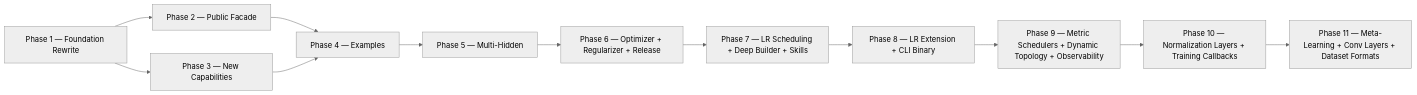
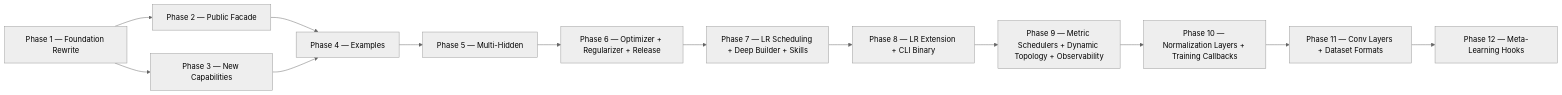
Before and after one commit to teratron/gonn: the diagram in .design/main/PLAN.md, drawn with Mermaid (neutral theme). The commit also changed other lines of this file and 4 other files, not shown here.

First line of the commit message:
chore(main): scope Phase 12 — Meta-Learning Hooks

````diff
--- a/.design/main/PLAN.md
+++ b/.design/main/PLAN.md
@@ -206,14 +219,15 @@
 ```mermaid
 graph LR
   A1[Phase 1 — Foundation Rewrite] --> B1[Phase 2 — Public Facade]
   A1 --> C1[Phase 3 — New Capabilities]
   B1 --> D1[Phase 4 — Examples]
   C1 --> D1
   D1 --> E1[Phase 5 — Multi-Hidden]
   E1 --> F1[Phase 6 — Optimizer + Regularizer + Release]
   F1 --> G1[Phase 7 — LR Scheduling + Deep Builder + Skills]
   G1 --> H1[Phase 8 — LR Extension + CLI Binary]
   H1 --> I1[Phase 9 — Metric Schedulers + Dynamic Topology + Observability]
   I1 --> J1[Phase 10 — Normalization Layers + Training Callbacks]
-  J1 --> K1[Phase 11 — Meta-Learning + Conv Layers + Dataset Formats]
+  J1 --> K1[Phase 11 — Conv Layers + Dataset Formats]
+  K1 --> L1[Phase 12 — Meta-Learning Hooks]
 ```
````
